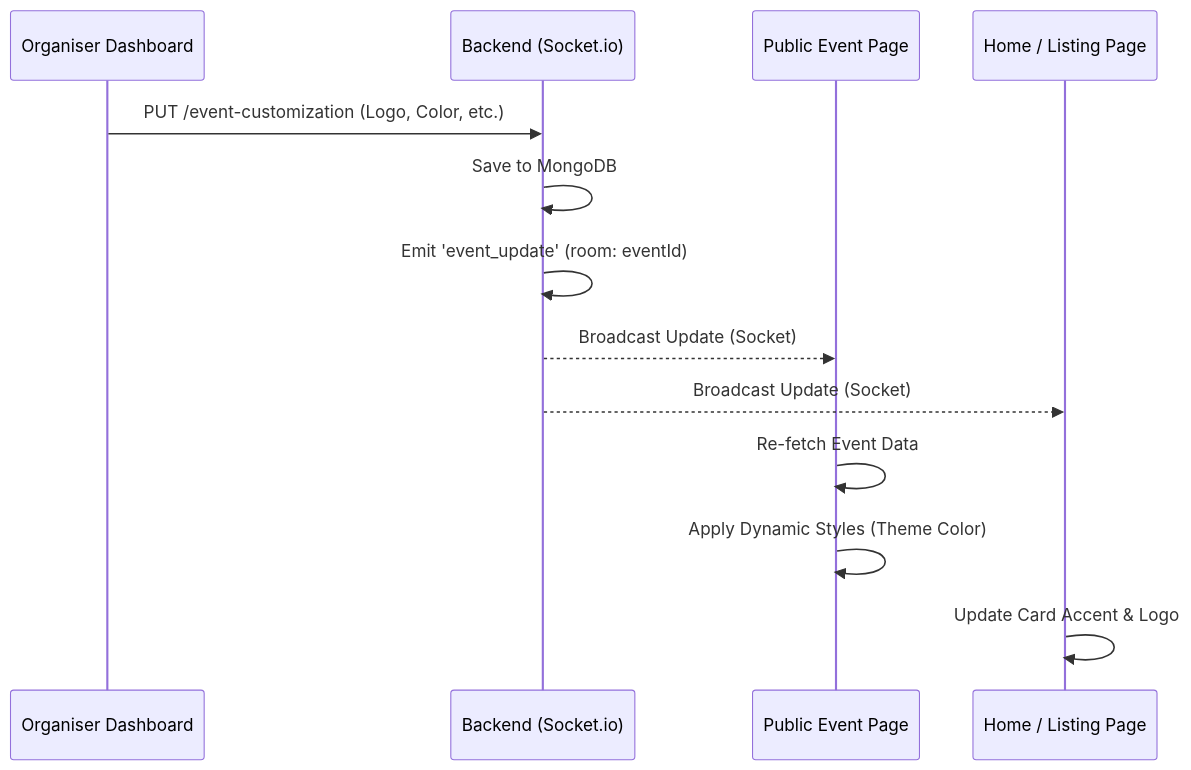
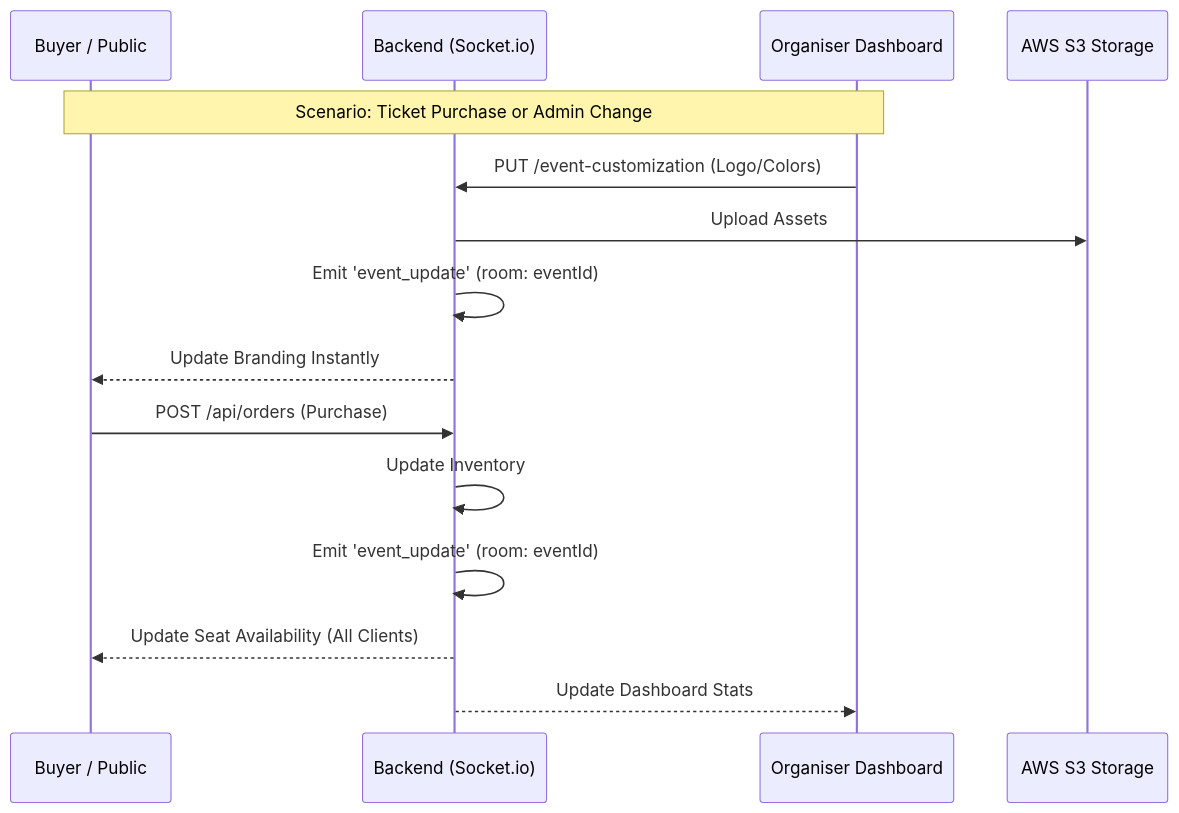
The second of 2 diagrams in docs/VISUAL_ARCHITECTURE_DIAGRAMS.md (thinu272/eams), drawn with Mermaid before and after one commit. The commit also changed other lines of this file and 62 other files, not shown here.

````diff
--- a/docs/VISUAL_ARCHITECTURE_DIAGRAMS.md
+++ b/docs/VISUAL_ARCHITECTURE_DIAGRAMS.md
@@ -29,17 +31,20 @@
 ```mermaid
 sequenceDiagram
+    participant User as Buyer / Public
+    participant API as Backend (Socket.io)
     participant Org as Organiser Dashboard
-    participant API as Backend (Socket.io)
-    participant Pub as Public Event Page
-    participant Home as Home / Listing Page
+    participant S3 as AWS S3 Storage
 
-    Org->>API: PUT /event-customization (Logo, Color, etc.)
-    API->>API: Save to MongoDB
+    Note over User, Org: Scenario: Ticket Purchase or Admin Change
+    
+    Org->>API: PUT /event-customization (Logo/Colors)
+    API->>S3: Upload Assets
     API->>API: Emit 'event_update' (room: eventId)
-    API-->>Pub: Broadcast Update (Socket)
-    API-->>Home: Broadcast Update (Socket)
+    API-->>User: Update Branding Instantly
     
-    Pub->>Pub: Re-fetch Event Data
-    Pub->>Pub: Apply Dynamic Styles (Theme Color)
-    Home->>Home: Update Card Accent & Logo
+    User->>API: POST /api/orders (Purchase)
+    API->>API: Update Inventory
+    API->>API: Emit 'event_update' (room: eventId)
+    API-->>User: Update Seat Availability (All Clients)
+    API-->>Org: Update Dashboard Stats
 ```
````
